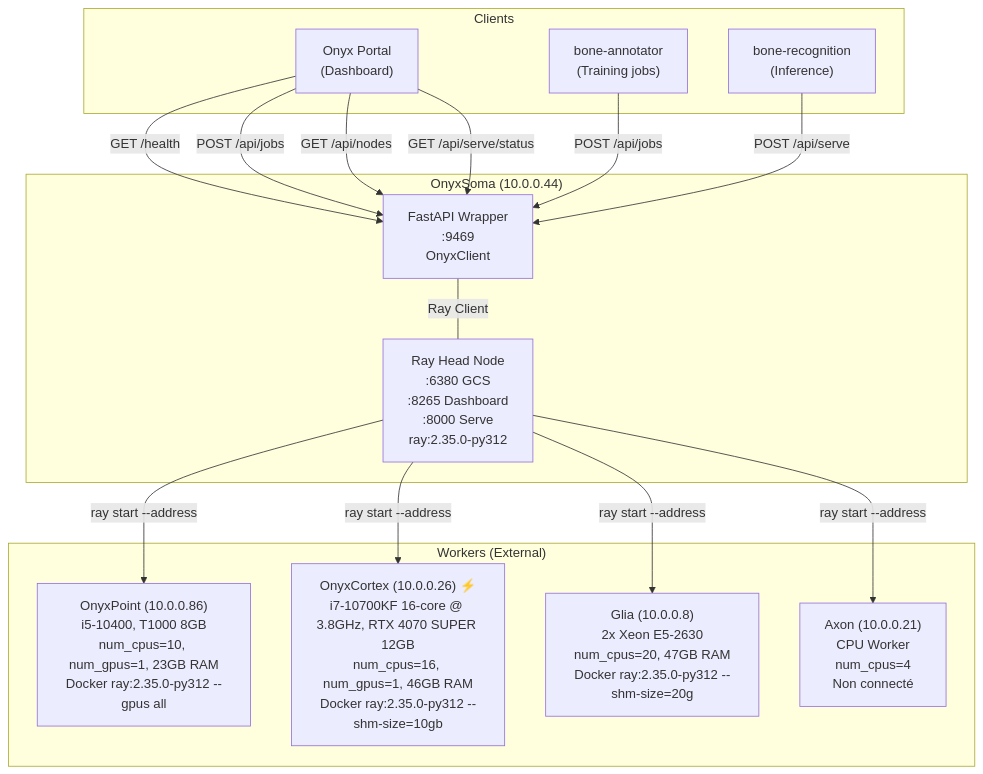
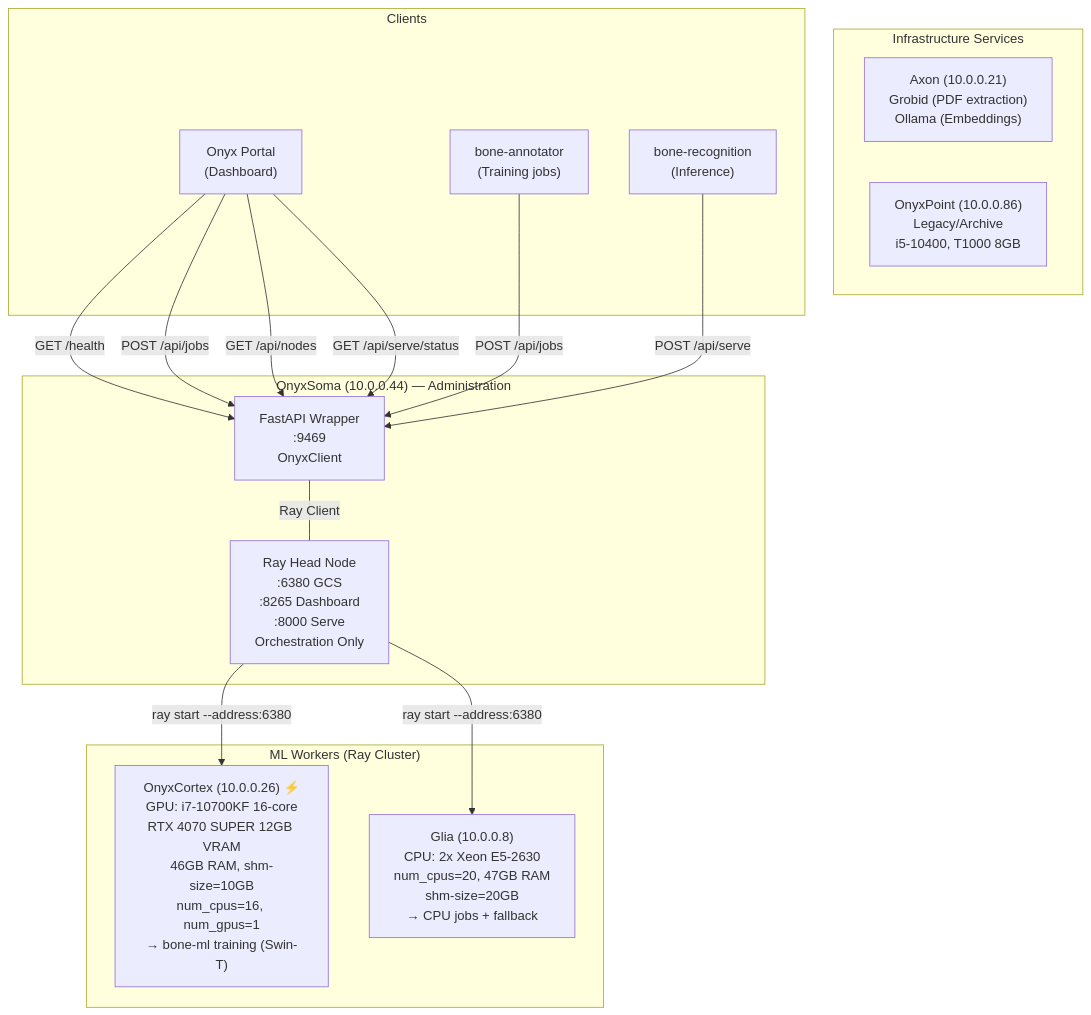
Before and after one commit to VersoVet/ml-compute: the first of 3 diagrams in DIAGRAM.md, drawn with Mermaid. The commit also changed 2 other files, not shown here.

First paragraph of the commit message:
docs: clarify system architecture - roles of each machine
Corrected misconception about OnyxSoma being ML worker.
Architecture clarification:

````diff
--- a/DIAGRAM.md
+++ b/DIAGRAM.md
@@ -5,33 +5,34 @@
 ```mermaid
 graph TB
-    subgraph Soma["OnyxSoma (10.0.0.44)"]
+    subgraph Soma["OnyxSoma (10.0.0.44) — Administration"]
         API["FastAPI Wrapper<br/>:9469<br/>OnyxClient"]
-        RayHead["Ray Head Node<br/>:6380 GCS<br/>:8265 Dashboard<br/>:8000 Serve<br/>ray:2.35.0-py312"]
+        RayHead["Ray Head Node<br/>:6380 GCS<br/>:8265 Dashboard<br/>:8000 Serve<br/>Orchestration Only"]
         API ---|Ray Client| RayHead
     end
 
-    subgraph Workers["Workers (External)"]
-        OP["OnyxPoint (10.0.0.86)<br/>i5-10400, T1000 8GB<br/>num_cpus=10, num_gpus=1, 23GB RAM<br/>Docker ray:2.35.0-py312 --gpus all"]
-        Cortex["OnyxCortex (10.0.0.26) ⚡<br/>i7-10700KF 16-core @ 3.8GHz, RTX 4070 SUPER 12GB<br/>num_cpus=16, num_gpus=1, 46GB RAM<br/>Docker ray:2.35.0-py312 --shm-size=10gb"]
-        Glia["Glia (10.0.0.8)<br/>2x Xeon E5-2630<br/>num_cpus=20, 47GB RAM<br/>Docker ray:2.35.0-py312 --shm-size=20g"]
-        Axon["Axon (10.0.0.21)<br/>CPU Worker<br/>num_cpus=4<br/>Non connecté"]
+    subgraph MLWorkers["ML Workers (Ray Cluster)"]
+        Cortex["OnyxCortex (10.0.0.26) ⚡<br/>GPU: i7-10700KF 16-core<br/>RTX 4070 SUPER 12GB VRAM<br/>46GB RAM, shm-size=10GB<br/>num_cpus=16, num_gpus=1<br/>→ bone-ml training (Swin-T)"]
+        Glia["Glia (10.0.0.8)<br/>CPU: 2x Xeon E5-2630<br/>num_cpus=20, 47GB RAM<br/>shm-size=20GB<br/>→ CPU jobs + fallback"]
     end
 
-    RayHead -->|ray start --address| OP
-    RayHead -->|ray start --address| Cortex
-    RayHead -->|ray start --address| Glia
-    RayHead -->|ray start --address| Axon
+    subgraph Infrastructure["Infrastructure Services"]
+        Axon["Axon (10.0.0.21)<br/>Grobid (PDF extraction)<br/>Ollama (Embeddings)"]
+        OP["OnyxPoint (10.0.0.86)<br/>Legacy/Archive<br/>i5-10400, T1000 8GB"]
+    end
+
+    RayHead -->|ray start --address:6380| Cortex
+    RayHead -->|ray start --address:6380| Glia
 
     subgraph Client["Clients"]
         Portal["Onyx Portal<br/>(Dashboard)"]
         BoneML["bone-annotator<br/>(Training jobs)"]
         BoneRec["bone-recognition<br/>(Inference)"]
     end
 
     Portal -->|GET /health| API
     Portal -->|POST /api/jobs| API
     Portal -->|GET /api/nodes| API
     BoneML -->|POST /api/jobs| API
     BoneRec -->|POST /api/serve| API
     Portal -->|GET /api/serve/status| API
 ```
````
